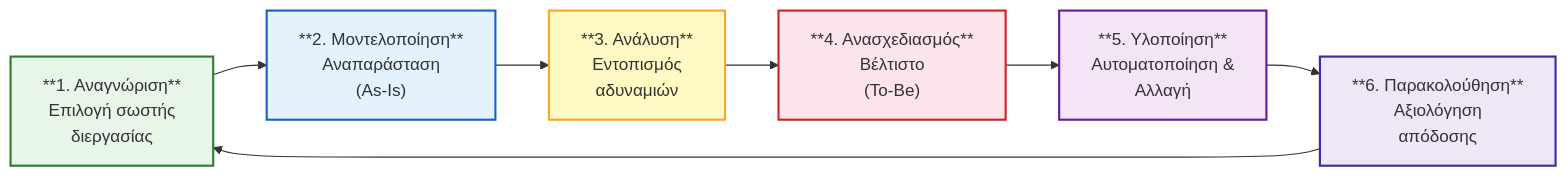
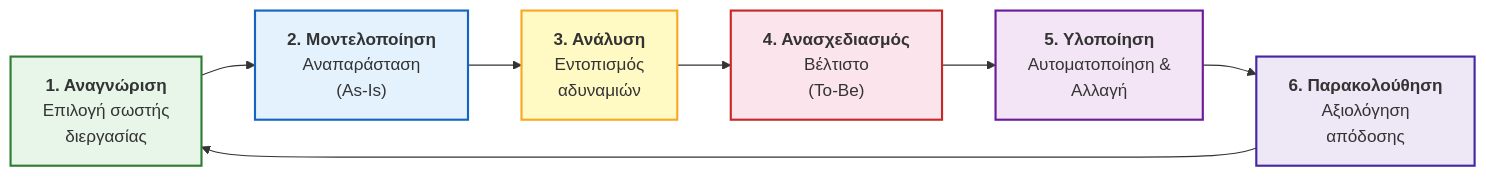
The diagram in msc/img/lecture2/diag_bpm_lifecycle.mmd (tsadimas-wa/dss-data-analytics), drawn with Mermaid before and after one commit. The commit also changed 8 other files, not shown here.

First line of the commit message:
docs(lecture2): enhance content and diagram formatting

```diff
--- a/msc/img/lecture2/diag_bpm_lifecycle.mmd
+++ b/msc/img/lecture2/diag_bpm_lifecycle.mmd
@@ -1,14 +1,14 @@
 flowchart LR
-    A["**1. Αναγνώριση**\nΕπιλογή σωστής\nδιεργασίας"]
-    --> B["**2. Μοντελοποίηση**\nΑναπαράσταση\n(As-Is)"]
-    --> C["**3. Ανάλυση**\nΕντοπισμός\nαδυναμιών"]
-    --> D["**4. Ανασχεδιασμός**\nΒέλτιστο\n(To-Be)"]
-    --> E["**5. Υλοποίηση**\nΑυτοματοποίηση &\nΑλλαγή"]
-    --> F["**6. Παρακολούθηση**\nΑξιολόγηση\nαπόδοσης"]
+    A["<b>1. Αναγνώριση</b>\nΕπιλογή σωστής\nδιεργασίας"]
+    --> B["<b>2. Μοντελοποίηση</b>\nΑναπαράσταση\n(As-Is)"]
+    --> C["<b>3. Ανάλυση</b>\nΕντοπισμός\nαδυναμιών"]
+    --> D["<b>4. Ανασχεδιασμός</b>\nΒέλτιστο\n(To-Be)"]
+    --> E["<b>5. Υλοποίηση</b>\nΑυτοματοποίηση &\nΑλλαγή"]
+    --> F["<b>6. Παρακολούθηση</b>\nΑξιολόγηση\nαπόδοσης"]
     --> A
     style A fill:#E8F5E9,stroke:#2E7D32,stroke-width:2px
     style B fill:#E3F2FD,stroke:#1565C0,stroke-width:2px
     style C fill:#FFF9C4,stroke:#F9A825,stroke-width:2px
     style D fill:#FCE4EC,stroke:#C62828,stroke-width:2px
     style E fill:#F3E5F5,stroke:#6A1B9A,stroke-width:2px
     style F fill:#EDE7F6,stroke:#4527A0,stroke-width:2px
```
